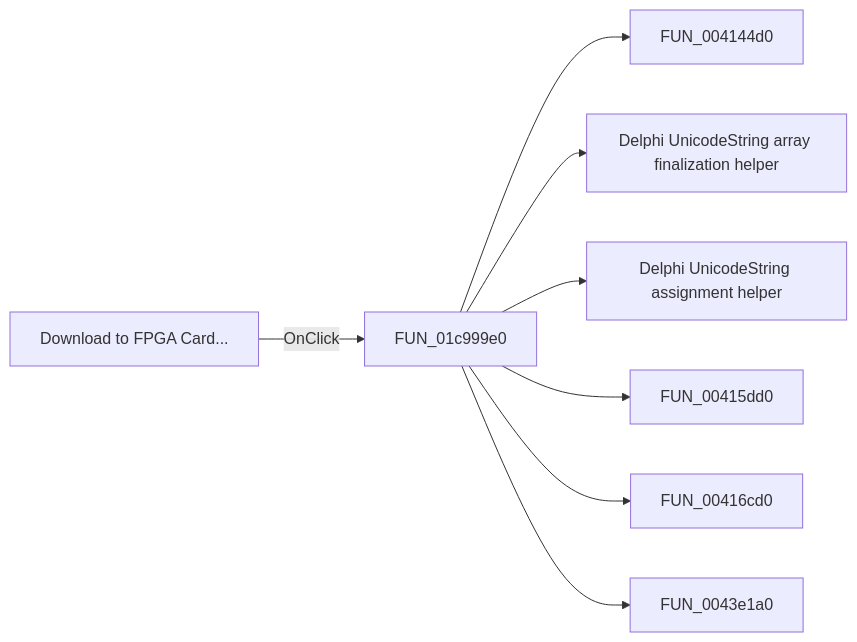
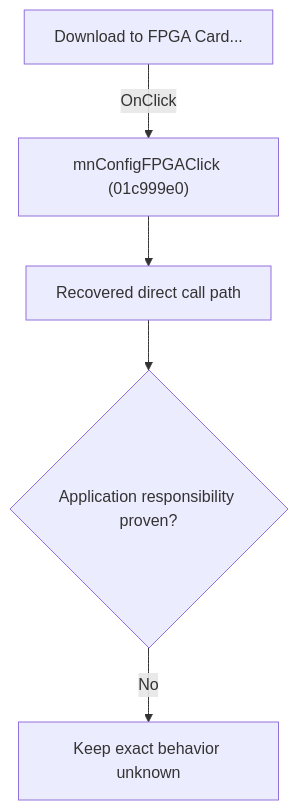
Before and after one commit to MovGP0/TIARA: the diagram in docs/ui-controls/schematiceditor/mnconfigfpga-294bf99977.md, drawn with Mermaid. The commit also changed other lines of this file and 1062 other files, not shown here.

````diff
--- a/docs/ui-controls/schematiceditor/mnconfigfpga-294bf99977.md
+++ b/docs/ui-controls/schematiceditor/mnconfigfpga-294bf99977.md
@@ -27,10 +27,7 @@
 ```mermaid
-flowchart LR
-    control["Download to FPGA Card..."] -->|OnClick| handler["FUN_01c999e0"]
-    handler --> call1["FUN_004144d0"]
-    handler --> call2["Delphi UnicodeString array finalization helper"]
-    handler --> call3["Delphi UnicodeString assignment helper"]
-    handler --> call4["FUN_00415dd0"]
-    handler --> call5["FUN_00416cd0"]
-    handler --> call6["FUN_0043e1a0"]
+flowchart TD
+    control["Download to FPGA Card..."] -->|"OnClick"| handler["mnConfigFPGAClick (01c999e0)"]
+    handler --> recovered["Recovered direct call path"]
+    recovered --> gap{"Application responsibility proven?"}
+    gap -->|"No"| blocked["Keep exact behavior unknown"]
 ```
````
